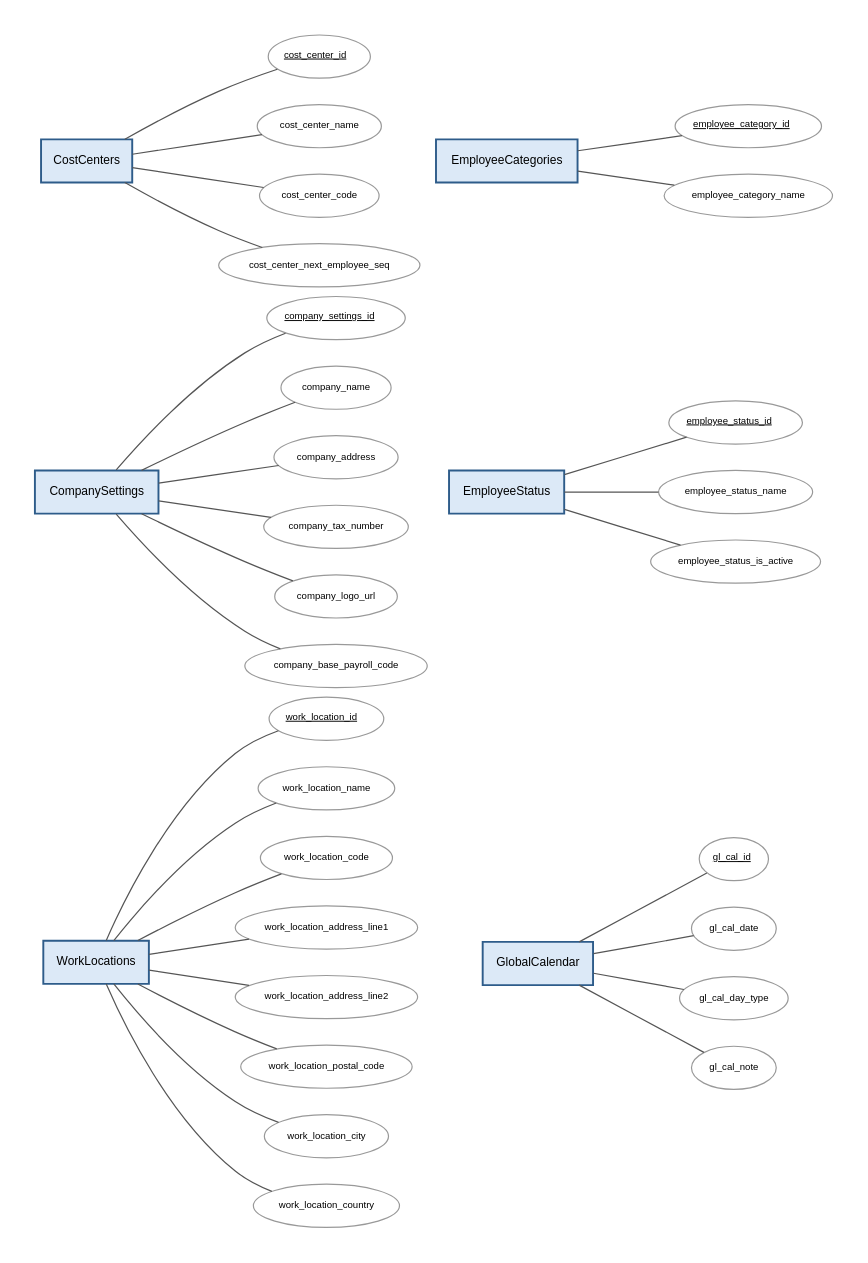
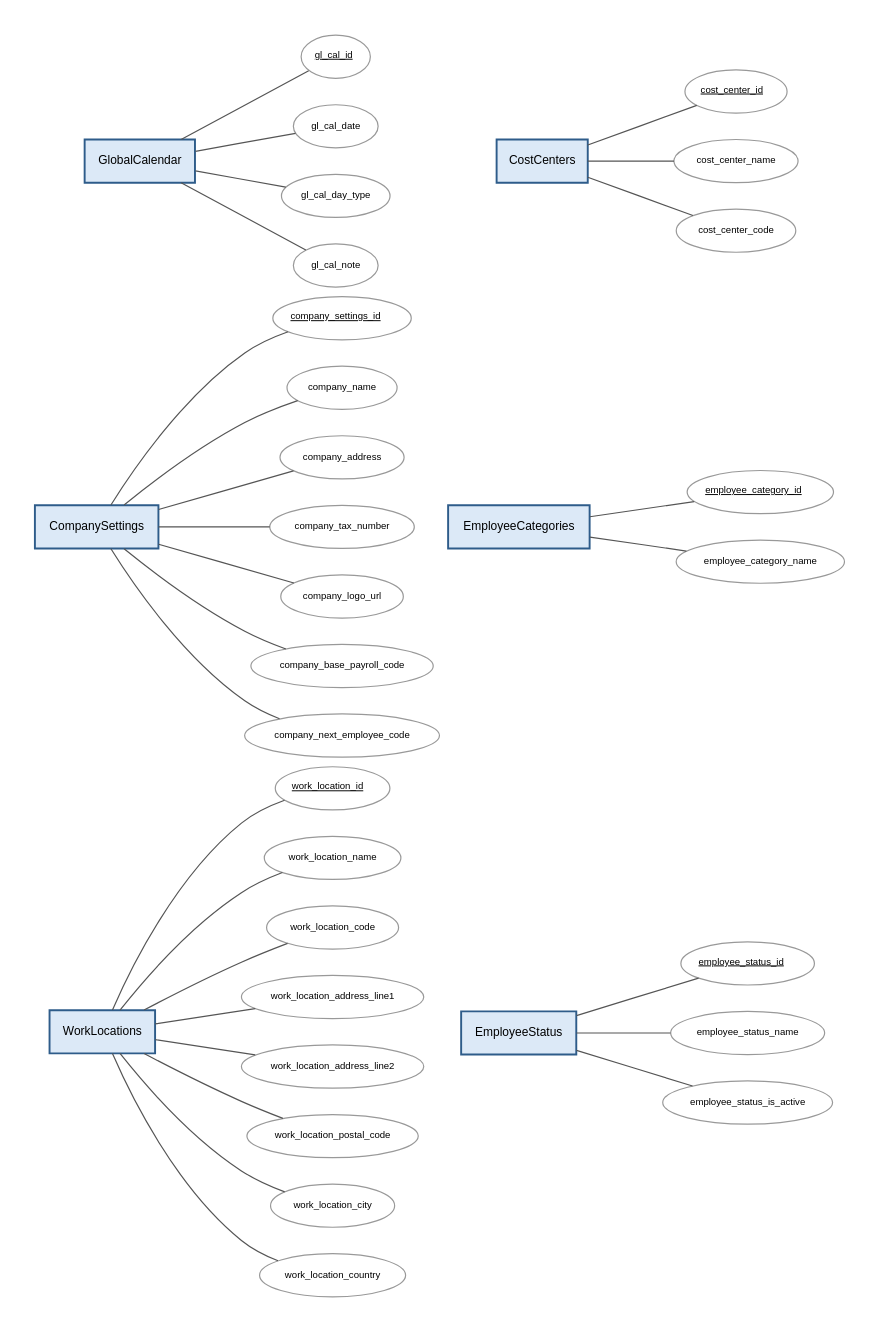
One commit to mbodigit/time_tracking_system_prototype changed the diagram in docs/diagram/er-6-onallo-torzsadat.dot. Above: the diagram before and after it, drawn with Graphviz. The commit also changed 10 other files, not shown here.

```diff
--- a/docs/diagram/er-6-onallo-torzsadat.dot
+++ b/docs/diagram/er-6-onallo-torzsadat.dot
@@ -1,70 +1,70 @@
 graph ER {
   fontname="Helvetica";
   graph [rankdir=LR, splines=spline, nodesep=0.3, ranksep=1.0, pack=true, packmode=array, bgcolor="white", pad=0.3];
   node [fontname="Helvetica", fontsize=10];
   edge [fontname="Helvetica", fontsize=9, color="#555555"];
 
   // fókuszban lévő egyedek, minden attribútummal
   "EmployeeStatus" [shape=box, style="filled,bold", fillcolor="#DCE9F7", color="#2E5C8A", penwidth=1.6];
   "EmployeeStatus__employee_status_id" [shape=ellipse, style=filled, fillcolor="white", color="#999999", fontsize=8, label=<<U>employee_status_id</U>>];
   "EmployeeStatus" -- "EmployeeStatus__employee_status_id" [len=0.8, weight=4];
   "EmployeeStatus__employee_status_name" [shape=ellipse, style=filled, fillcolor="white", color="#999999", fontsize=8, label="employee_status_name"];
   "EmployeeStatus" -- "EmployeeStatus__employee_status_name" [len=0.8, weight=4];
   "EmployeeStatus__employee_status_is_active" [shape=ellipse, style=filled, fillcolor="white", color="#999999", fontsize=8, label="employee_status_is_active"];
   "EmployeeStatus" -- "EmployeeStatus__employee_status_is_active" [len=0.8, weight=4];
   "EmployeeCategories" [shape=box, style="filled,bold", fillcolor="#DCE9F7", color="#2E5C8A", penwidth=1.6];
   "EmployeeCategories__employee_category_id" [shape=ellipse, style=filled, fillcolor="white", color="#999999", fontsize=8, label=<<U>employee_category_id</U>>];
   "EmployeeCategories" -- "EmployeeCategories__employee_category_id" [len=0.8, weight=4];
   "EmployeeCategories__employee_category_name" [shape=ellipse, style=filled, fillcolor="white", color="#999999", fontsize=8, label="employee_category_name"];
   "EmployeeCategories" -- "EmployeeCategories__employee_category_name" [len=0.8, weight=4];
   "CostCenters" [shape=box, style="filled,bold", fillcolor="#DCE9F7", color="#2E5C8A", penwidth=1.6];
   "CostCenters__cost_center_id" [shape=ellipse, style=filled, fillcolor="white", color="#999999", fontsize=8, label=<<U>cost_center_id</U>>];
   "CostCenters" -- "CostCenters__cost_center_id" [len=0.8, weight=4];
   "CostCenters__cost_center_name" [shape=ellipse, style=filled, fillcolor="white", color="#999999", fontsize=8, label="cost_center_name"];
   "CostCenters" -- "CostCenters__cost_center_name" [len=0.8, weight=4];
   "CostCenters__cost_center_code" [shape=ellipse, style=filled, fillcolor="white", color="#999999", fontsize=8, label="cost_center_code"];
   "CostCenters" -- "CostCenters__cost_center_code" [len=0.8, weight=4];
-  "CostCenters__cost_center_next_employee_seq" [shape=ellipse, style=filled, fillcolor="white", color="#999999", fontsize=8, label="cost_center_next_employee_seq"];
-  "CostCenters" -- "CostCenters__cost_center_next_employee_seq" [len=0.8, weight=4];
   "WorkLocations" [shape=box, style="filled,bold", fillcolor="#DCE9F7", color="#2E5C8A", penwidth=1.6];
   "WorkLocations__work_location_id" [shape=ellipse, style=filled, fillcolor="white", color="#999999", fontsize=8, label=<<U>work_location_id</U>>];
   "WorkLocations" -- "WorkLocations__work_location_id" [len=0.8, weight=4];
   "WorkLocations__work_location_name" [shape=ellipse, style=filled, fillcolor="white", color="#999999", fontsize=8, label="work_location_name"];
   "WorkLocations" -- "WorkLocations__work_location_name" [len=0.8, weight=4];
   "WorkLocations__work_location_code" [shape=ellipse, style=filled, fillcolor="white", color="#999999", fontsize=8, label="work_location_code"];
   "WorkLocations" -- "WorkLocations__work_location_code" [len=0.8, weight=4];
   "WorkLocations__work_location_address_line1" [shape=ellipse, style=filled, fillcolor="white", color="#999999", fontsize=8, label="work_location_address_line1"];
   "WorkLocations" -- "WorkLocations__work_location_address_line1" [len=0.8, weight=4];
   "WorkLocations__work_location_address_line2" [shape=ellipse, style=filled, fillcolor="white", color="#999999", fontsize=8, label="work_location_address_line2"];
   "WorkLocations" -- "WorkLocations__work_location_address_line2" [len=0.8, weight=4];
   "WorkLocations__work_location_postal_code" [shape=ellipse, style=filled, fillcolor="white", color="#999999", fontsize=8, label="work_location_postal_code"];
   "WorkLocations" -- "WorkLocations__work_location_postal_code" [len=0.8, weight=4];
   "WorkLocations__work_location_city" [shape=ellipse, style=filled, fillcolor="white", color="#999999", fontsize=8, label="work_location_city"];
   "WorkLocations" -- "WorkLocations__work_location_city" [len=0.8, weight=4];
   "WorkLocations__work_location_country" [shape=ellipse, style=filled, fillcolor="white", color="#999999", fontsize=8, label="work_location_country"];
   "WorkLocations" -- "WorkLocations__work_location_country" [len=0.8, weight=4];
   "GlobalCalendar" [shape=box, style="filled,bold", fillcolor="#DCE9F7", color="#2E5C8A", penwidth=1.6];
   "GlobalCalendar__gl_cal_id" [shape=ellipse, style=filled, fillcolor="white", color="#999999", fontsize=8, label=<<U>gl_cal_id</U>>];
   "GlobalCalendar" -- "GlobalCalendar__gl_cal_id" [len=0.8, weight=4];
   "GlobalCalendar__gl_cal_date" [shape=ellipse, style=filled, fillcolor="white", color="#999999", fontsize=8, label="gl_cal_date"];
   "GlobalCalendar" -- "GlobalCalendar__gl_cal_date" [len=0.8, weight=4];
   "GlobalCalendar__gl_cal_day_type" [shape=ellipse, style=filled, fillcolor="white", color="#999999", fontsize=8, label="gl_cal_day_type"];
   "GlobalCalendar" -- "GlobalCalendar__gl_cal_day_type" [len=0.8, weight=4];
   "GlobalCalendar__gl_cal_note" [shape=ellipse, style=filled, fillcolor="white", color="#999999", fontsize=8, label="gl_cal_note"];
   "GlobalCalendar" -- "GlobalCalendar__gl_cal_note" [len=0.8, weight=4];
   "CompanySettings" [shape=box, style="filled,bold", fillcolor="#DCE9F7", color="#2E5C8A", penwidth=1.6];
   "CompanySettings__company_settings_id" [shape=ellipse, style=filled, fillcolor="white", color="#999999", fontsize=8, label=<<U>company_settings_id</U>>];
   "CompanySettings" -- "CompanySettings__company_settings_id" [len=0.8, weight=4];
   "CompanySettings__company_name" [shape=ellipse, style=filled, fillcolor="white", color="#999999", fontsize=8, label="company_name"];
   "CompanySettings" -- "CompanySettings__company_name" [len=0.8, weight=4];
   "CompanySettings__company_address" [shape=ellipse, style=filled, fillcolor="white", color="#999999", fontsize=8, label="company_address"];
   "CompanySettings" -- "CompanySettings__company_address" [len=0.8, weight=4];
   "CompanySettings__company_tax_number" [shape=ellipse, style=filled, fillcolor="white", color="#999999", fontsize=8, label="company_tax_number"];
   "CompanySettings" -- "CompanySettings__company_tax_number" [len=0.8, weight=4];
   "CompanySettings__company_logo_url" [shape=ellipse, style=filled, fillcolor="white", color="#999999", fontsize=8, label="company_logo_url"];
   "CompanySettings" -- "CompanySettings__company_logo_url" [len=0.8, weight=4];
   "CompanySettings__company_base_payroll_code" [shape=ellipse, style=filled, fillcolor="white", color="#999999", fontsize=8, label="company_base_payroll_code"];
   "CompanySettings" -- "CompanySettings__company_base_payroll_code" [len=0.8, weight=4];
+  "CompanySettings__company_next_employee_code" [shape=ellipse, style=filled, fillcolor="white", color="#999999", fontsize=8, label="company_next_employee_code"];
+  "CompanySettings" -- "CompanySettings__company_next_employee_code" [len=0.8, weight=4];
 
   // kapcsolatok
 }
```
